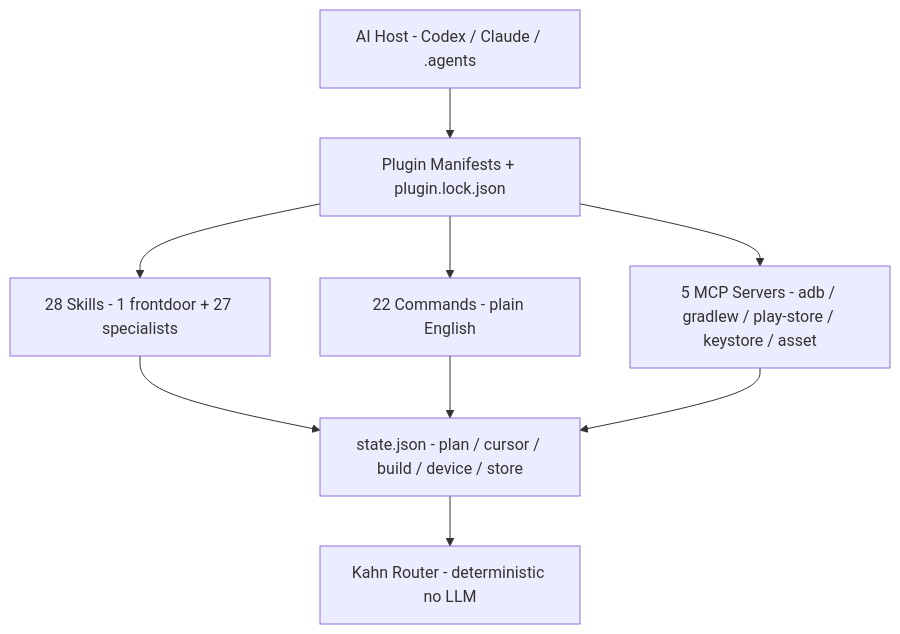
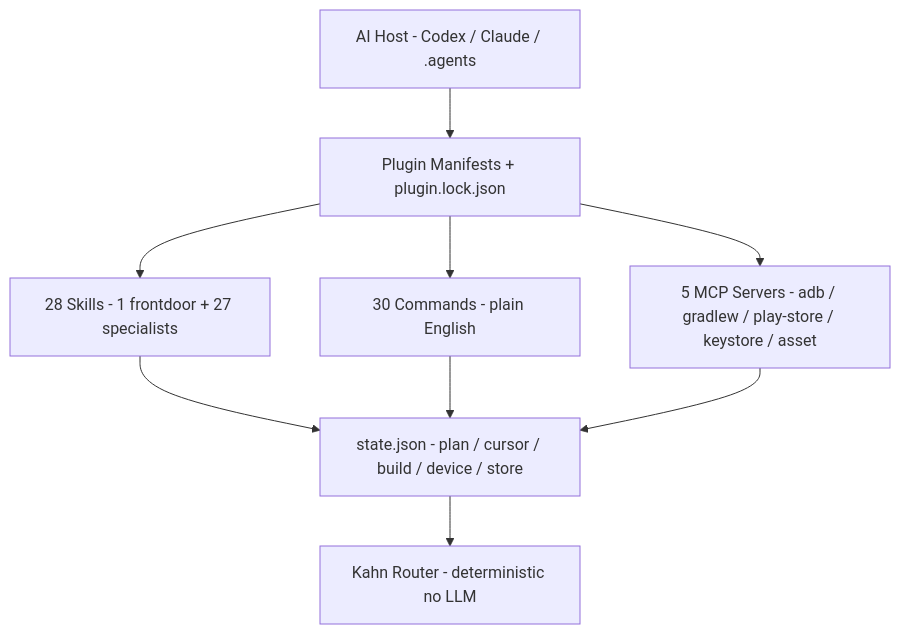
One commit to mitunmanav/build-android-apps changed the diagram in README.md. Above: the diagram before and after it, drawn with Mermaid. The commit also changed other lines of this file and 23 other files, not shown here.

````diff
--- a/README.md
+++ b/README.md
@@ -82,19 +82,19 @@
 ```mermaid
 flowchart TB
   Host[AI Host - Codex / Claude / .agents]
   Manifests[Plugin Manifests + plugin.lock.json]
   Skills[28 Skills - 1 frontdoor + 27 specialists]
-  Commands[22 Commands - plain English]
+  Commands[30 Commands - plain English]
   MCP[5 MCP Servers - adb / gradlew / play-store / keystore / asset]
   State[state.json - plan / cursor / build / device / store]
   Router[Kahn Router - deterministic no LLM]
 
   Host --> Manifests
   Manifests --> Skills
   Manifests --> Commands
   Manifests --> MCP
   Skills --> State
   Commands --> State
   MCP --> State
   State --> Router
 ```
````
